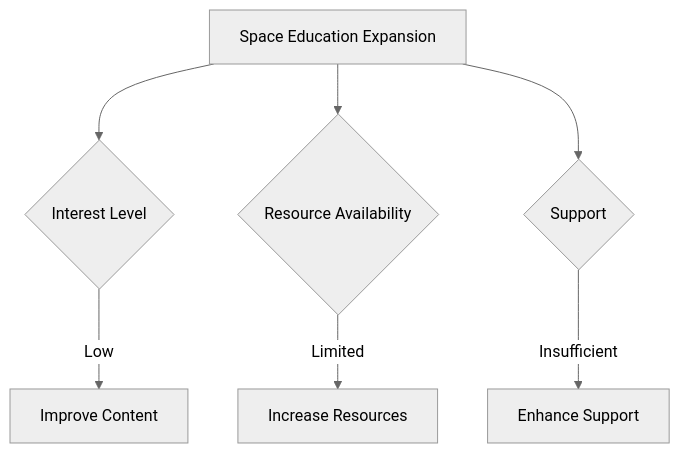
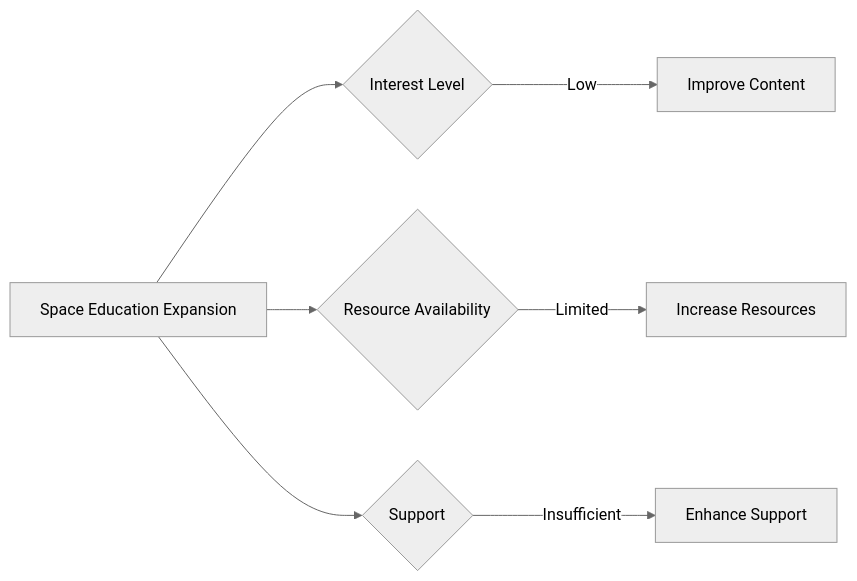
One commit to hattori-sat/zenn-docs changed the diagram in articles/logical-thinking-summary.md. Above: the diagram before and after it, drawn with Mermaid (neutral theme). The commit also changed other lines of this file and 1 other file, not shown here.

````diff
--- a/articles/logical-thinking-summary.md
+++ b/articles/logical-thinking-summary.md
@@ -249,10 +261,10 @@
 ```mermaid
-graph TD;
+graph LR;
     A[Space Education Expansion] --> B{Interest Level};
     B -->|Low| C[Improve Content];
     A --> D{Resource Availability};
     D -->|Limited| E[Increase Resources];
     A --> F{Support};
     F -->|Insufficient| G[Enhance Support];
 
 ```
````
